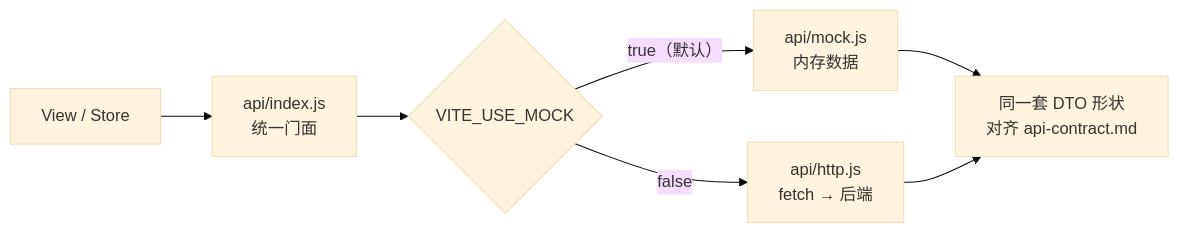
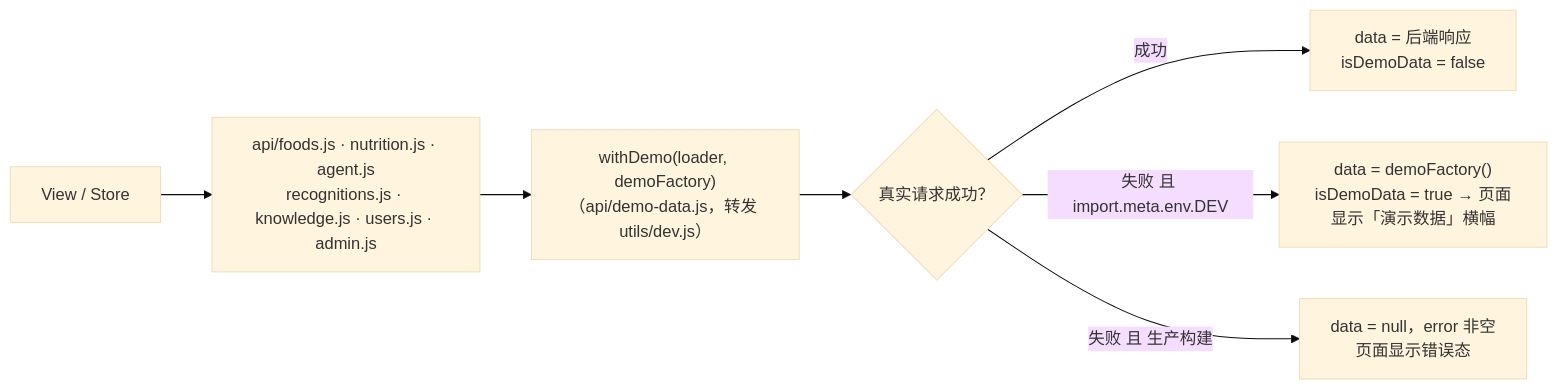
One commit to buxiangshuohua0724/nutrition-agent changed the fifth of 5 diagrams in docs/DESIGN.md. Above: the diagram before and after it, drawn with Mermaid (base theme). The commit also changed other lines of this file and 11 other files, not shown here.

Commit message:
docs: 按实测校正契约示例与 ER 图，并把知识引用守护扩展到 docId/chunkId 字段对

````diff
--- a/docs/DESIGN.md
+++ b/docs/DESIGN.md
@@ -492,9 +507,9 @@
 ```mermaid
 graph LR
-    V["View / Store"] --> F["api/index.js<br/>统一门面"]
-    F --> S{"VITE_USE_MOCK"}
-    S -->|"true（默认）"| M["api/mock.js<br/>内存数据"]
-    S -->|"false"| H["api/http.js<br/>fetch → 后端"]
-    M --> C["同一套 DTO 形状<br/>对齐 api-contract.md"]
-    H --> C
+    V["View / Store"] --> A["api/foods.js · nutrition.js · agent.js<br/>recognitions.js · knowledge.js · users.js · admin.js"]
+    A --> D["withDemo(loader, demoFactory)<br/>（api/demo-data.js，转发 utils/dev.js）"]
+    D --> R{"真实请求成功？"}
+    R -->|"成功"| H["data = 后端响应<br/>isDemoData = false"]
+    R -->|"失败 且 import.meta.env.DEV"| M["data = demoFactory()<br/>isDemoData = true → 页面显示「演示数据」横幅"]
+    R -->|"失败 且 生产构建"| E["data = null，error 非空<br/>页面显示错误态"]
 ```
````
